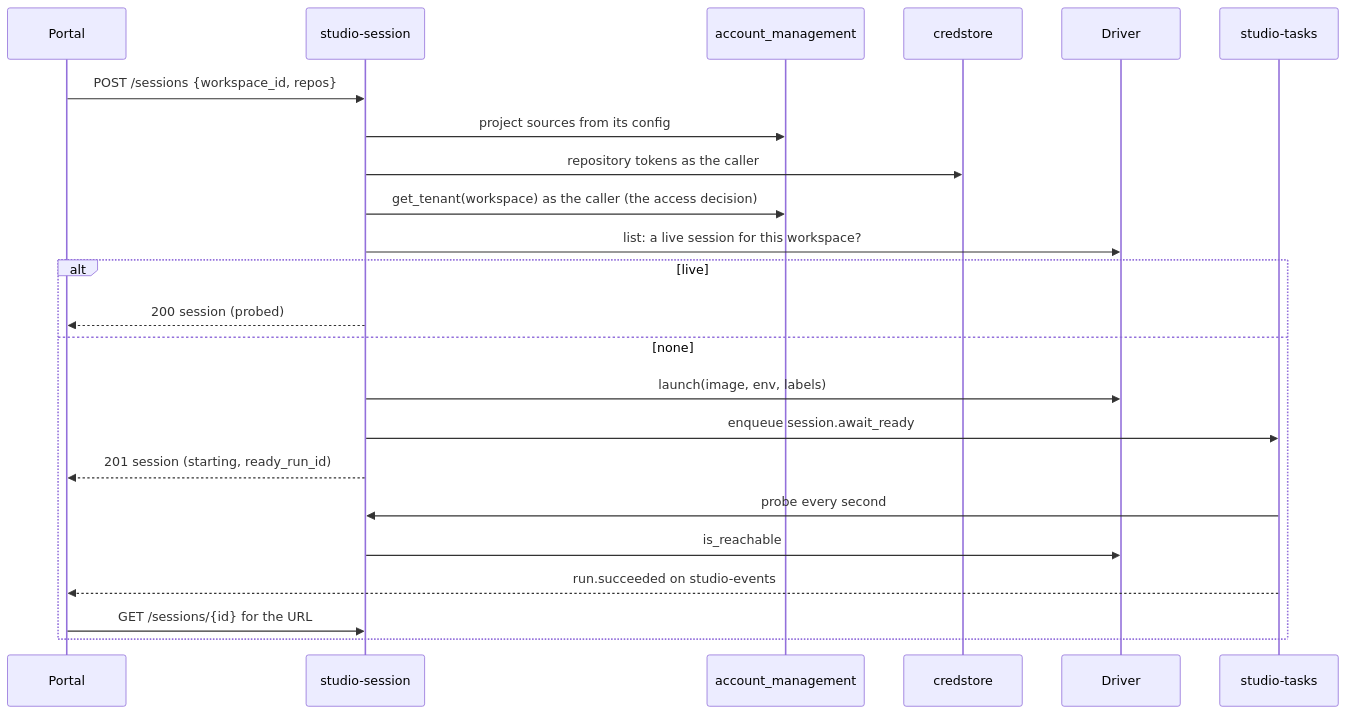
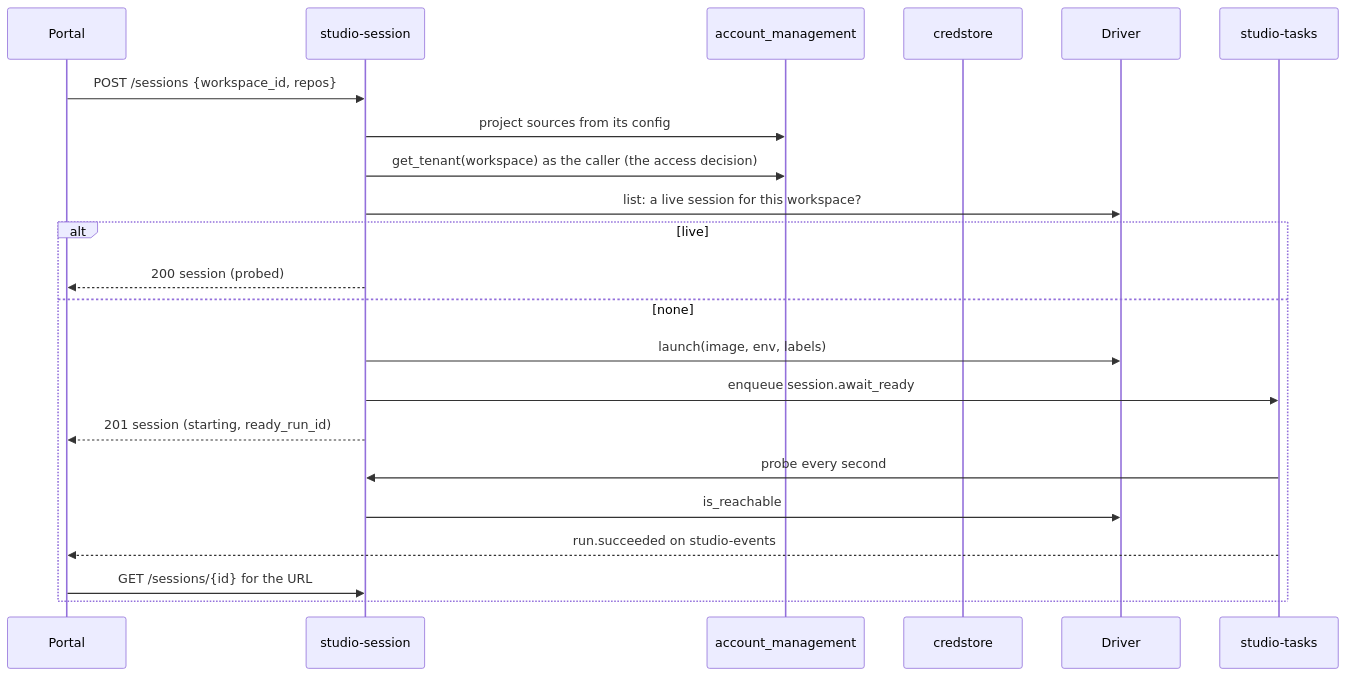
The diagram in docs/design/studio-session.md (AndrejK666/studio-web), drawn with Mermaid before and after one commit. The commit also changed other lines of this file and 16 other files, not shown here.

````diff
--- a/docs/design/studio-session.md
+++ b/docs/design/studio-session.md
@@ -425,25 +430,24 @@
 ```mermaid
 sequenceDiagram
     participant P as Portal
     participant S as studio-session
     participant AM as account_management
     participant C as credstore
     participant D as Driver
     participant T as studio-tasks
     P->>S: POST /sessions {workspace_id, repos}
     S->>AM: project sources from its config
-    S->>C: repository tokens as the caller
     S->>AM: get_tenant(workspace) as the caller (the access decision)
     S->>D: list: a live session for this workspace?
     alt live
         S-->>P: 200 session (probed)
     else none
         S->>D: launch(image, env, labels)
         S->>T: enqueue session.await_ready
         S-->>P: 201 session (starting, ready_run_id)
         T->>S: probe every second
         S->>D: is_reachable
         T-->>P: run.succeeded on studio-events
         P->>S: GET /sessions/{id} for the URL
     end
 ```
````
